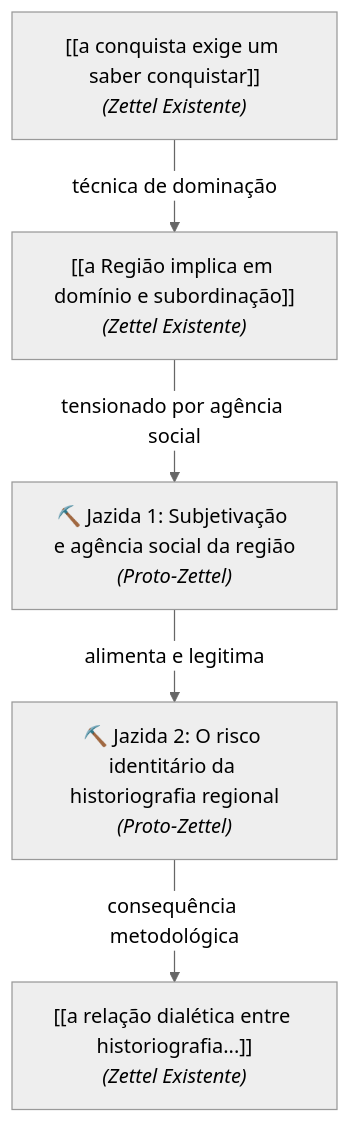
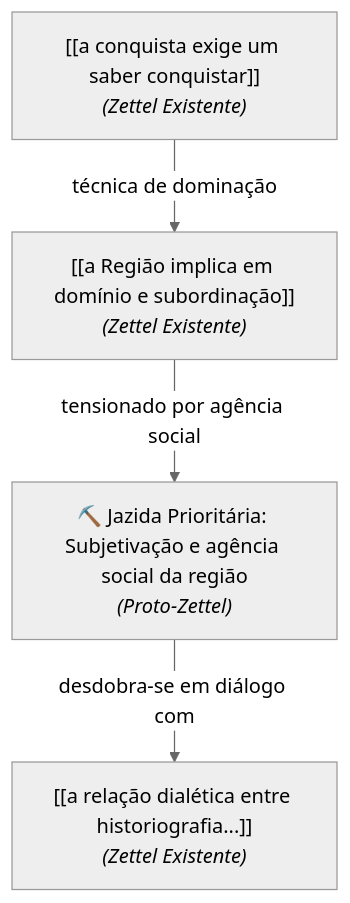
One commit to Alexandre-Mir/historia changed the diagram in .agents/agents/zettelkasten-forager.md. Above: the diagram before and after it, drawn with Mermaid (neutral theme). The commit also changed other lines of this file and 30 other files, not shown here.

````diff
--- a/.agents/agents/zettelkasten-forager.md
+++ b/.agents/agents/zettelkasten-forager.md
@@ -186,14 +190,12 @@
 ```mermaid
 graph TD
     Z1["[[a Região implica em domínio e subordinação]]<br><i>(Zettel Existente)</i>"]
     Z2["[[a conquista exige um saber conquistar]]<br><i>(Zettel Existente)</i>"]
     Z3["[[a relação dialética entre historiografia...]]<br><i>(Zettel Existente)</i>"]
-    
-    J1["⛏️ Jazida 1: Subjetivação e agência social da região<br><i>(Proto-Zettel)</i>"]
-    J2["⛏️ Jazida 2: O risco identitário da historiografia regional<br><i>(Proto-Zettel)</i>"]
+
+    J1["⛏️ Jazida Prioritária: Subjetivação e agência social da região<br><i>(Proto-Zettel)</i>"]
 
     Z2 -->|técnica de dominação| Z1
     Z1 -->|tensionado por agência social| J1
-    J1 -->|alimenta e legitima| J2
-    J2 -->|consequência metodológica| Z3
+    J1 -->|desdobra-se em diálogo com| Z3
 ```
````
